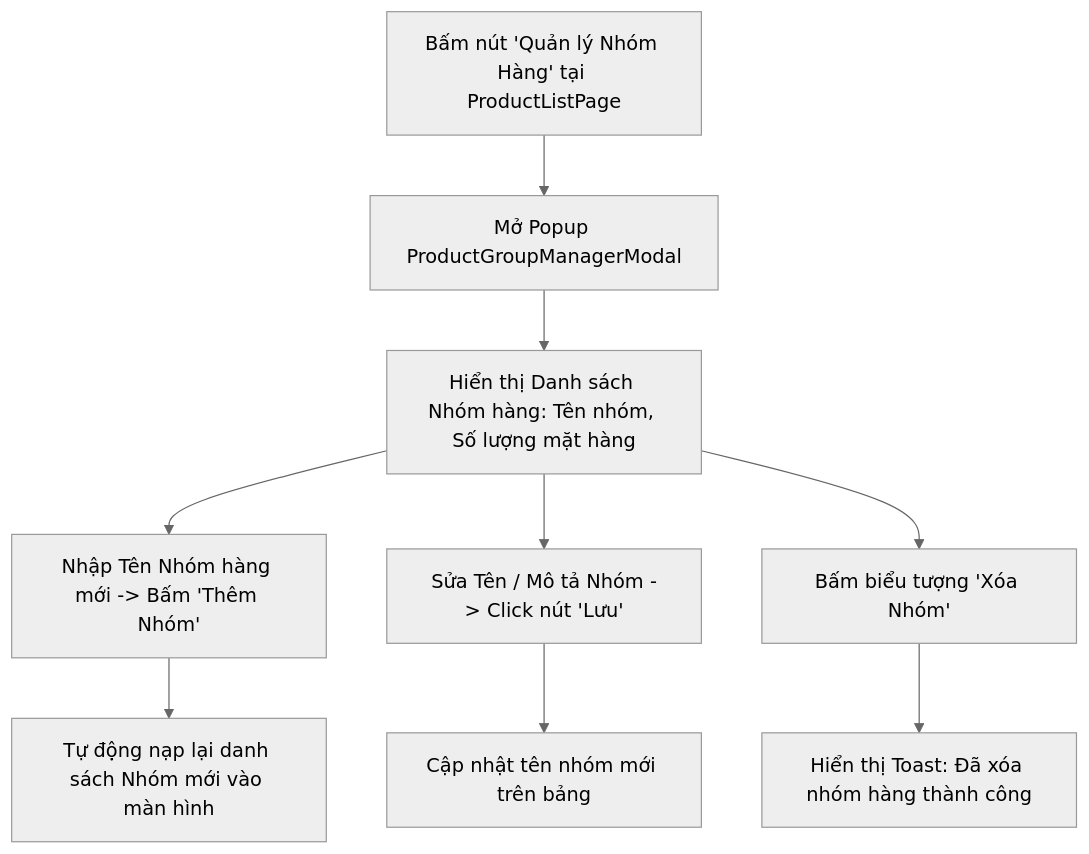
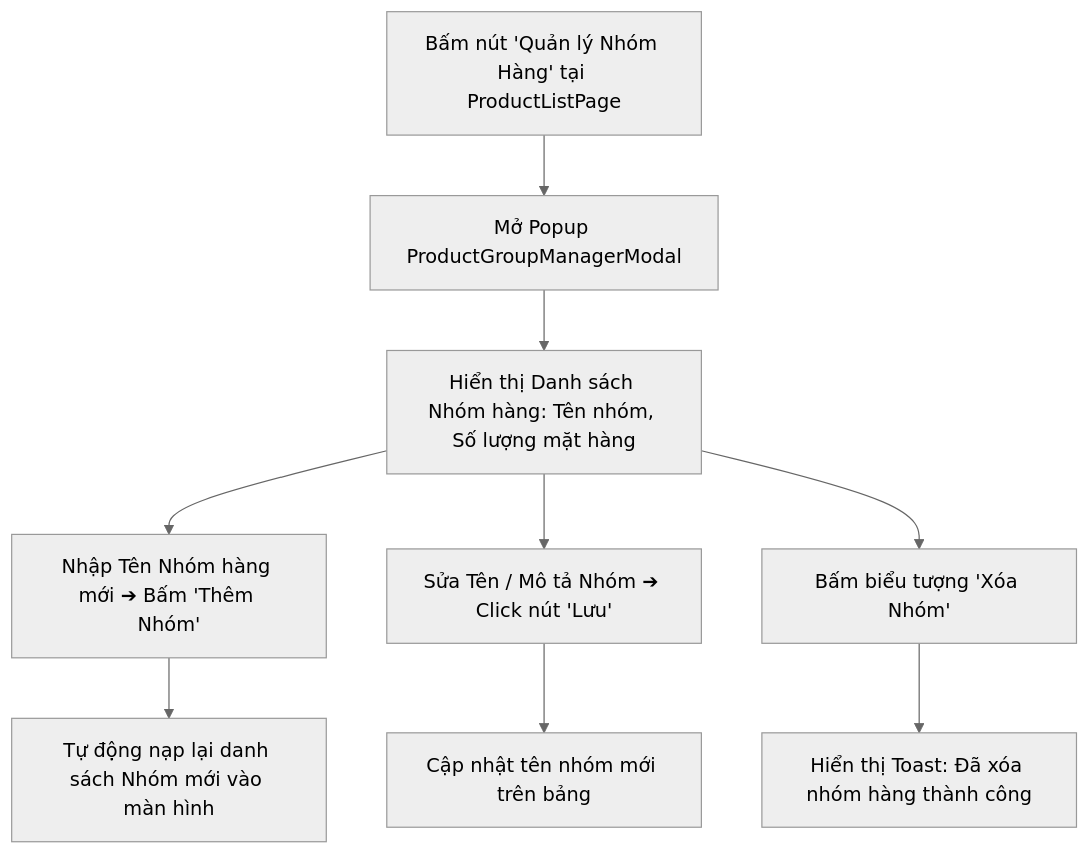
The sixth of 34 diagrams in architecture/full_screen_activity_flows.md (lean1835/BanHangViet), drawn with Mermaid (neutral theme) before and after one commit. The commit also changed other lines of this file and 1 other file, not shown here.

Commit message:
docs: refactor mermaid activity flows in full_screen_activity_flows

````diff
--- a/architecture/full_screen_activity_flows.md
+++ b/architecture/full_screen_activity_flows.md
@@ -194,14 +194,14 @@
 ```mermaid
 flowchart TD
-    Start[Bấm nút 'Quản lý Nhóm Hàng' tại ProductListPage] --> OpenGroupModal[Mở Popup ProductGroupManagerModal]
-    OpenGroupModal --> RenderGroupList[Hiển thị Danh sách Nhóm hàng: Tên nhóm, Số lượng mặt hàng]
+    Start["Bấm nút 'Quản lý Nhóm Hàng' tại ProductListPage"] --> OpenGroupModal["Mở Popup ProductGroupManagerModal"]
+    OpenGroupModal --> RenderGroupList["Hiển thị Danh sách Nhóm hàng: Tên nhóm, Số lượng mặt hàng"]
     
-    RenderGroupList --> AddGroup[Nhập Tên Nhóm hàng mới -> Bấm 'Thêm Nhóm']
-    AddGroup --> RefreshAdd[Tự động nạp lại danh sách Nhóm mới vào màn hình]
+    RenderGroupList --> AddGroup["Nhập Tên Nhóm hàng mới ➔ Bấm 'Thêm Nhóm'"]
+    AddGroup --> RefreshAdd["Tự động nạp lại danh sách Nhóm mới vào màn hình"]
 
-    RenderGroupList --> EditGroup[Sửa Tên / Mô tả Nhóm -> Click nút 'Lưu']
-    EditGroup --> UpdateUI[Cập nhật tên nhóm mới trên bảng]
+    RenderGroupList --> EditGroup["Sửa Tên / Mô tả Nhóm ➔ Click nút 'Lưu'"]
+    EditGroup --> UpdateUI["Cập nhật tên nhóm mới trên bảng"]
 
-    RenderGroupList --> DeleteGroup[Bấm biểu tượng 'Xóa Nhóm']
-    DeleteGroup --> ToastGroup[Hiển thị Toast: Đã xóa nhóm hàng thành công]
+    RenderGroupList --> DeleteGroup["Bấm biểu tượng 'Xóa Nhóm'"]
+    DeleteGroup --> ToastGroup["Hiển thị Toast: Đã xóa nhóm hàng thành công"]
 ```
````
